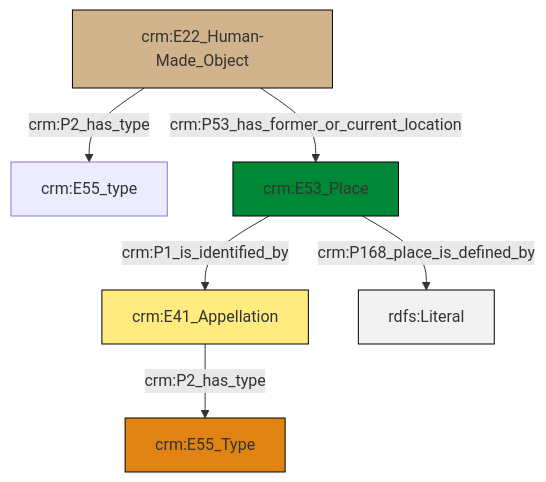
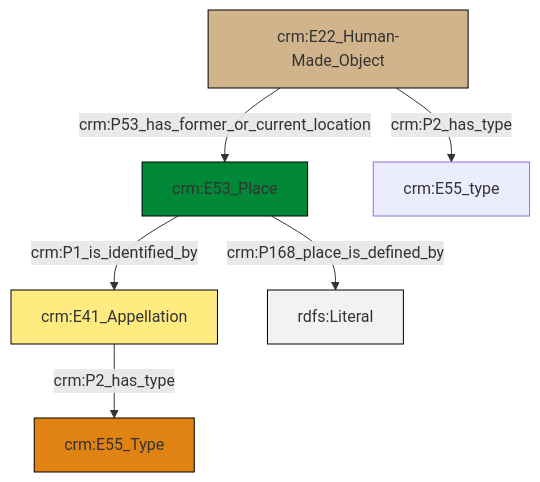
Before and after one commit to swiss-art-research-net/docs.swissartresearch: the diagram in et/builtWorkCSV/ttl/mmd/Built_Work_location.ttl.mmd, drawn with Mermaid. The commit also changed 170 other files, not shown here.

```diff
--- a/et/builtWorkCSV/ttl/mmd/Built_Work_location.ttl.mmd
+++ b/et/builtWorkCSV/ttl/mmd/Built_Work_location.ttl.mmd
@@ -1,20 +1,20 @@
 graph TD
 classDef Literal fill:#f2f2f2,stroke:#000000;
 classDef CRM_Entity fill:#FFFFFF,stroke:#000000;
 classDef Temporal_Entity fill:#00C9E6, stroke:#000000;
 classDef Type fill:#E18312, stroke:#000000;
 classDef Time-Span fill:#2C9C91, stroke:#000000;
 classDef Appellation fill:#FFEB7F, stroke:#000000;
 classDef Place fill:#008836, stroke:#000000;
 classDef Persistent_Item fill:#B266B2, stroke:#000000;
 classDef Conceptual_Object fill:#FFD700, stroke:#000000;
 classDef Physical_Thing fill:#D2B48C, stroke:#000000;
 classDef Actor fill:#f58aad, stroke:#000000;
 classDef PC_Classes fill:#4ce600, stroke:#000000;
 classDef Multi fill:#cccccc,stroke:#000000;
 
-0["crm:E22_Human-Made_Object"]:::Physical_Thing -->|crm:P2_has_type| 1["crm:E55_type"]:::Default
-0["crm:E22_Human-Made_Object"]:::Physical_Thing -->|crm:P53_has_former_or_current_location| 2["crm:E53_Place"]:::Place
-2["crm:E53_Place"]:::Place -->|crm:P1_is_identified_by| 4["crm:E41_Appellation"]:::Appellation
-2["crm:E53_Place"]:::Place -->|crm:P168_place_is_defined_by| 5[rdfs:Literal]:::Literal
-4["crm:E41_Appellation"]:::Appellation -->|crm:P2_has_type| 8["crm:E55_Type"]:::Type
+2["crm:E22_Human-Made_Object"]:::Physical_Thing -->|crm:P53_has_former_or_current_location| 3["crm:E53_Place"]:::Place
+3["crm:E53_Place"]:::Place -->|crm:P1_is_identified_by| 4["crm:E41_Appellation"]:::Appellation
+2["crm:E22_Human-Made_Object"]:::Physical_Thing -->|crm:P2_has_type| 5["crm:E55_type"]:::Default
+3["crm:E53_Place"]:::Place -->|crm:P168_place_is_defined_by| 8[rdfs:Literal]:::Literal
+4["crm:E41_Appellation"]:::Appellation -->|crm:P2_has_type| 0["crm:E55_Type"]:::Type
```
